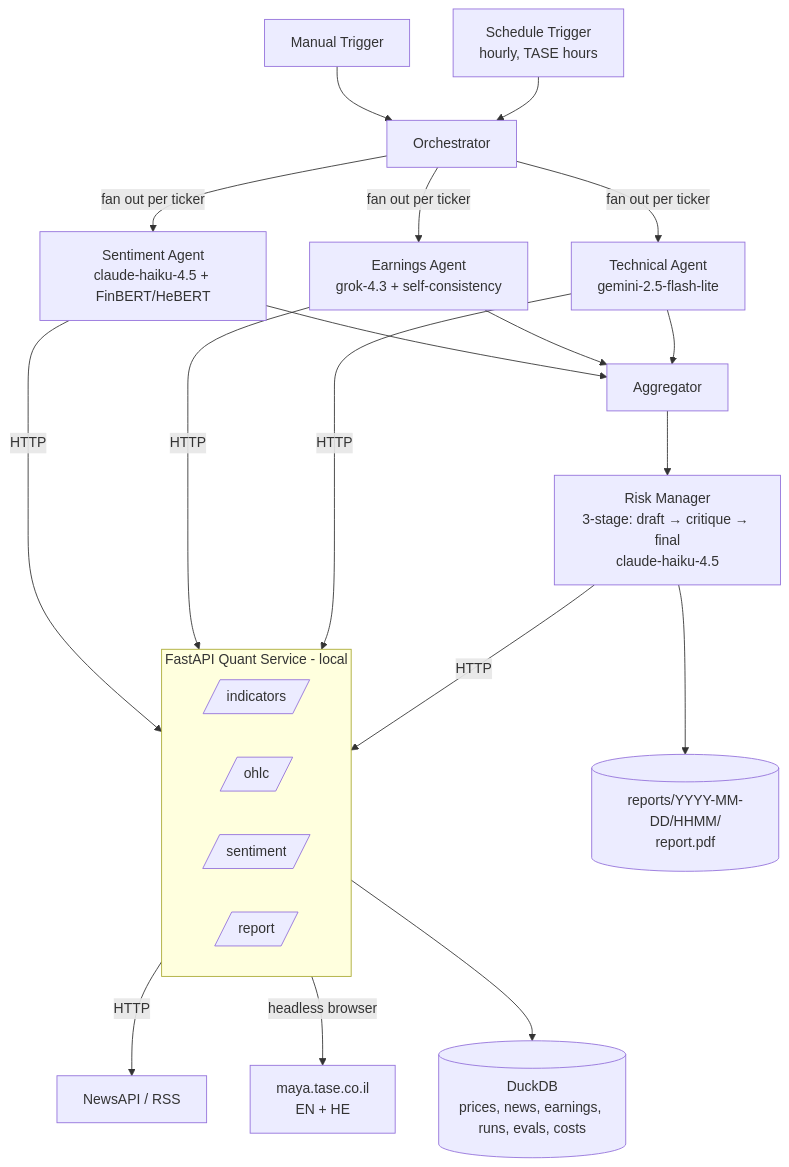
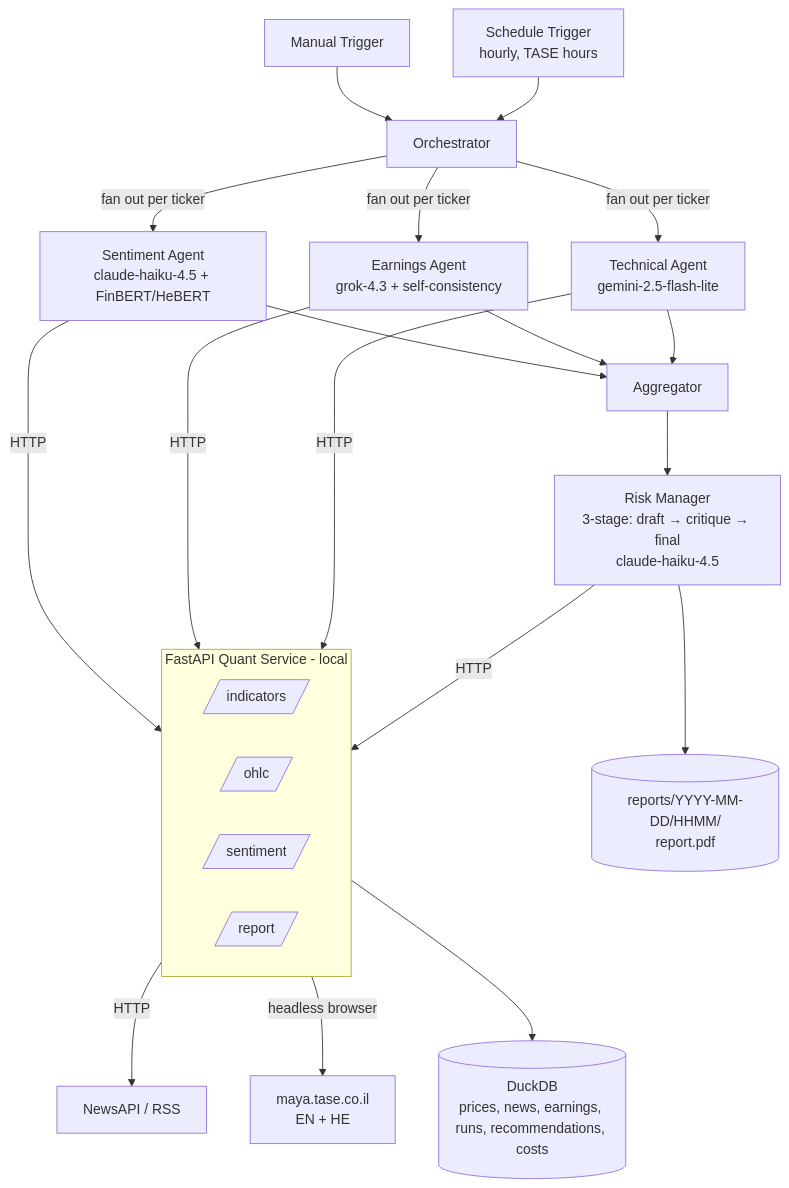
One commit to gilbarel1/algotrade-project changed the diagram in docs/design.md. Above: the diagram before and after it, drawn with Mermaid. The commit also changed other lines of this file and 9 other files, not shown here.

````diff
--- a/docs/design.md
+++ b/docs/design.md
@@ -33,32 +33,32 @@
 ```mermaid
 flowchart TD
     T1[Manual Trigger] --> ORC[Orchestrator]
     T2[Schedule Trigger<br/>hourly, TASE hours] --> ORC
 
     ORC -->|fan out per ticker| SA[Sentiment Agent<br/>claude-haiku-4.5 + FinBERT/HeBERT]
     ORC -->|fan out per ticker| EA[Earnings Agent<br/>grok-4.3 + self-consistency]
     ORC -->|fan out per ticker| TA[Technical Agent<br/>gemini-2.5-flash-lite]
 
     SA -->|HTTP| QS
     QS -->|HTTP| NEWS[NewsAPI / RSS]
     EA -->|HTTP| QS
     QS -->|headless browser| MAYA[maya.tase.co.il<br/>EN + HE]
     TA -->|HTTP| QS
 
     SA --> AGG[Aggregator]
     EA --> AGG
     TA --> AGG
 
     AGG --> RM[Risk Manager<br/>3-stage: draft → critique → final<br/>claude-haiku-4.5]
     RM -->|HTTP| QS
 
     subgraph QS[FastAPI Quant Service - local]
         F1[/indicators/]
         F2[/ohlc/]
         F3[/sentiment/]
         F4[/report/]
     end
 
-    QS --> CACHE[(DuckDB<br/>prices, news, earnings, runs, evals, costs)]
+    QS --> CACHE[(DuckDB<br/>prices, news, earnings, runs, recommendations, costs)]
     RM --> PDF[(reports/YYYY-MM-DD/HHMM/<br/>report.pdf)]
 ```
````
